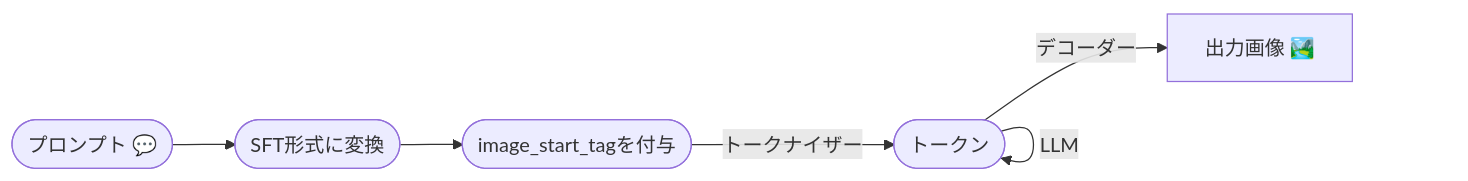
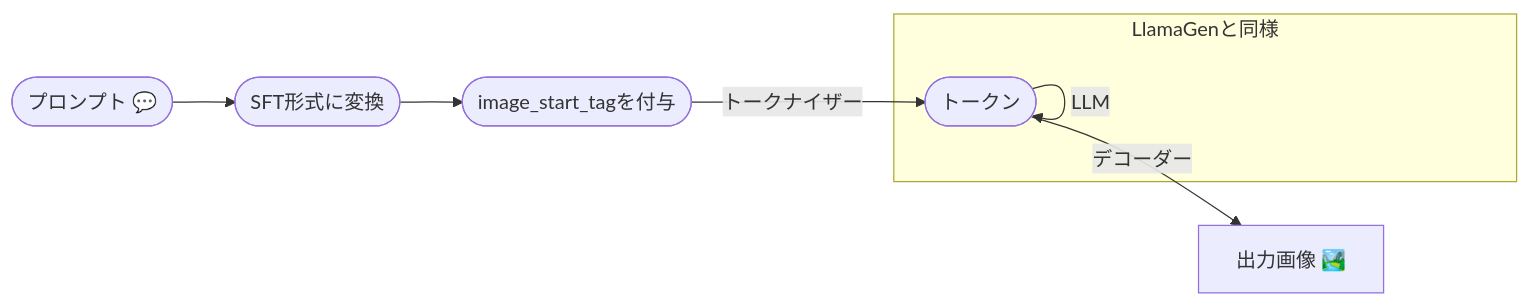
One commit to xhiroga/talks changed the second of 2 diagrams in 2025-02-11/slides.md. Above: the diagram before and after it, drawn with Mermaid. The commit also changed other lines of this file, not shown here.

````diff
--- a/2025-02-11/slides.md
+++ b/2025-02-11/slides.md
@@ -93,10 +100,13 @@
 ```mermaid
 flowchart LR
     t([プロンプト 💬])
     t-->sft([SFT形式に変換])
     sft-->with_image_start_tag([image_start_tagを付与])
     with_image_start_tag--トークナイザー-->token([トークン])
-    
-    token--LLM-->token
+
+    subgraph LlamaGenと同様
+      token--LLM-->token
+    end
+
     token -- デコーダー--> o[出力画像 🏞️]
 ```
````
